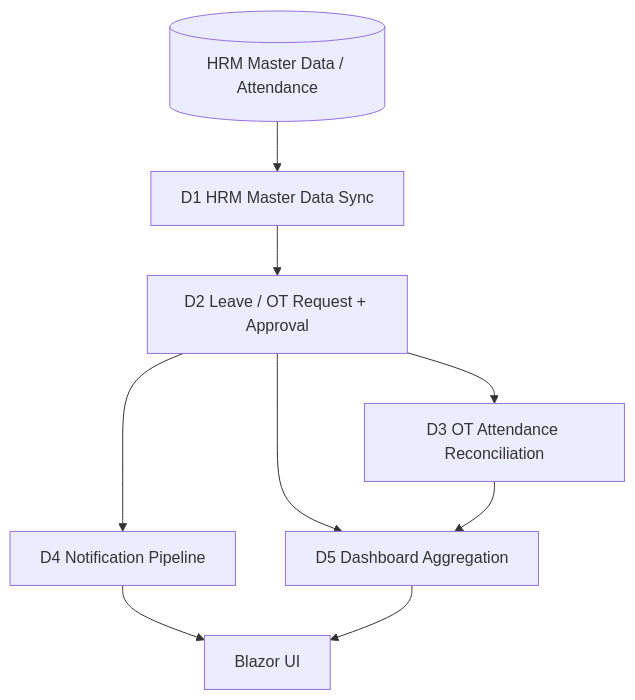
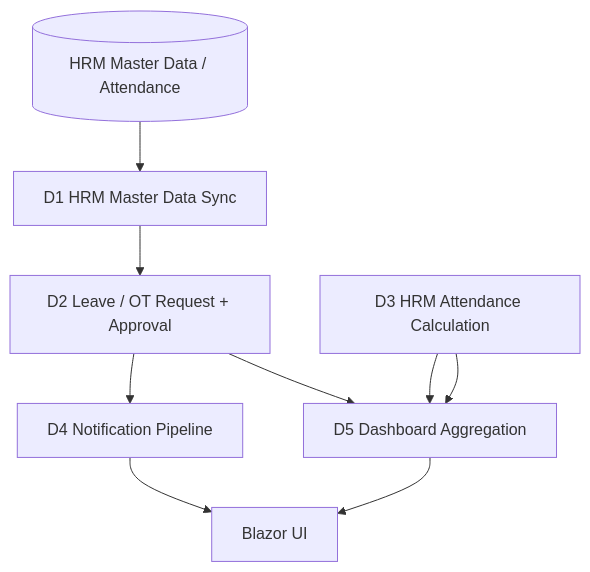
Before and after one commit to Nang0559/Reggister: the first of 11 diagrams in MÔ HÌNH/01_FLOWS_TOTAL.md, drawn with Mermaid. The commit also changed other lines of this file, not shown here.

Commit message:
Update total architecture flow

````diff
--- a/MÔ HÌNH/01_FLOWS_TOTAL.md
+++ b/MÔ HÌNH/01_FLOWS_TOTAL.md
@@ -9,19 +9,19 @@
 ```mermaid
 flowchart TB
     HRM[(HRM Master Data / Attendance)]
     D1[D1 HRM Master Data Sync]
     D2[D2 Leave / OT Request + Approval]
-    D3[D3 OT Attendance Reconciliation]
+    D3[D3 HRM Attendance Calculation]
     D4[D4 Notification Pipeline]
     D5[D5 Dashboard Aggregation]
     UI[Blazor UI]
 
     HRM --> D1
     D1 --> D2
-    D2 --> D3
     D2 --> D4
+    D3 --> D5
     D2 --> D5
     D3 --> D5
     D4 --> UI
     D5 --> UI
 ```
````
